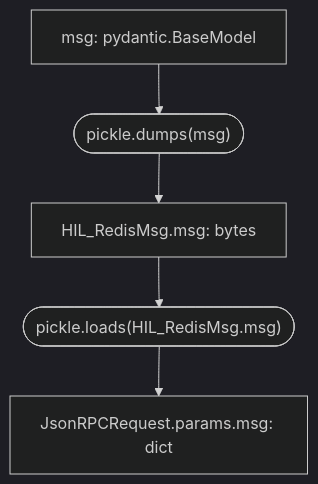
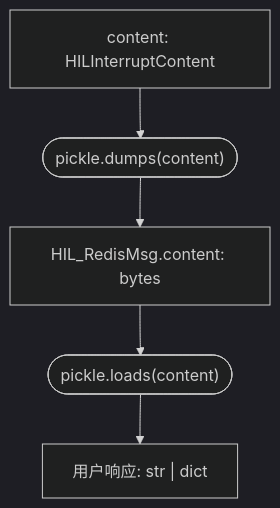
The second of 2 diagrams in docs/source/Components/Human In The Loop.rst (1071969980/IDIOT), drawn with Mermaid (dark theme) before and after one commit. The commit also changed other lines of this file and 6 other files, not shown here.

```diff
--- a/docs/source/Components/Human In The Loop.rst
+++ b/docs/source/Components/Human In The Loop.rst
@@ -118,15 +131,15 @@
 .. mermaid::
     :zoom:
-    :caption: 数据血缘
+    :caption: interrupt() 函数的数据处理流程
 
     graph TD
-        msg["msg: pydantic.BaseModel"]
-        p_d(["pickle.dumps(msg)"])
-        HIL["HIL_RedisMsg.msg: bytes"]
-        p_l(["pickle.loads(HIL_RedisMsg.msg)"])
-        rpc["JsonRPCRequest.params.msg: dict"]
+        content["content: HILInterruptContent"]
+        p_d(["pickle.dumps(content)"])
+        HIL["HIL_RedisMsg.content: bytes"]
+        p_l(["pickle.loads(content)"])
+        response["用户响应: str | dict"]
 
-        msg --> p_d
+        content --> p_d
         p_d --> HIL
         HIL --> p_l
-        p_l --> rpc
+        p_l --> response
```
